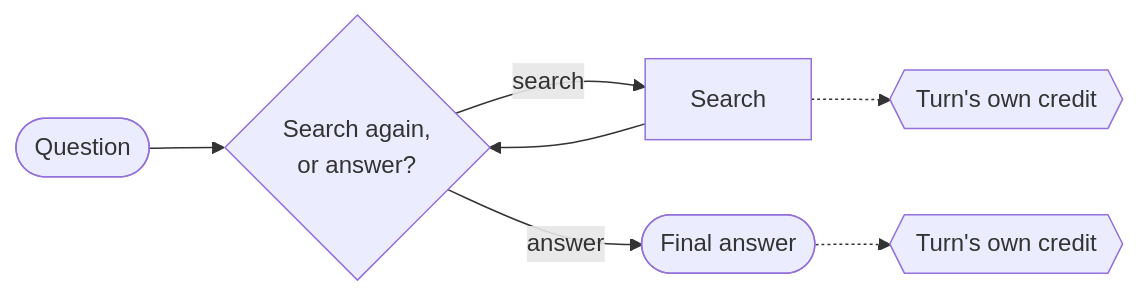
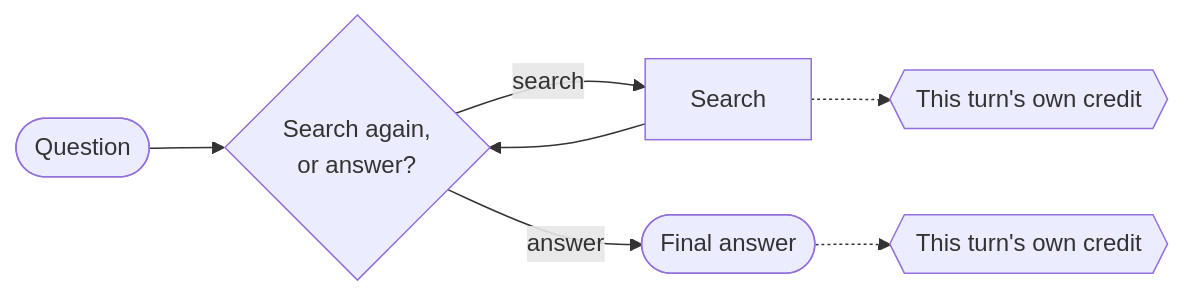
One commit to redswimmer/grpo-turn-level-rewards changed the third of 3 diagrams in README.md. Above: the diagram before and after it, drawn with Mermaid. The commit also changed other lines of this file, not shown here.

````diff
--- a/README.md
+++ b/README.md
@@ -41,9 +50,9 @@
 ```mermaid
 flowchart LR
     Q3(["Question"]) --> D3{"Search again,<br/>or answer?"}
     D3 -- search --> S3["Search"]
     S3 --> D3
-    S3 -.-> R3a{{"Turn's own credit"}}
+    S3 -.-> R3a{{"This turn's own credit"}}
     D3 -- answer --> A3(["Final answer"])
-    A3 -.-> R3b{{"Turn's own credit"}}
+    A3 -.-> R3b{{"This turn's own credit"}}
 ```
````
